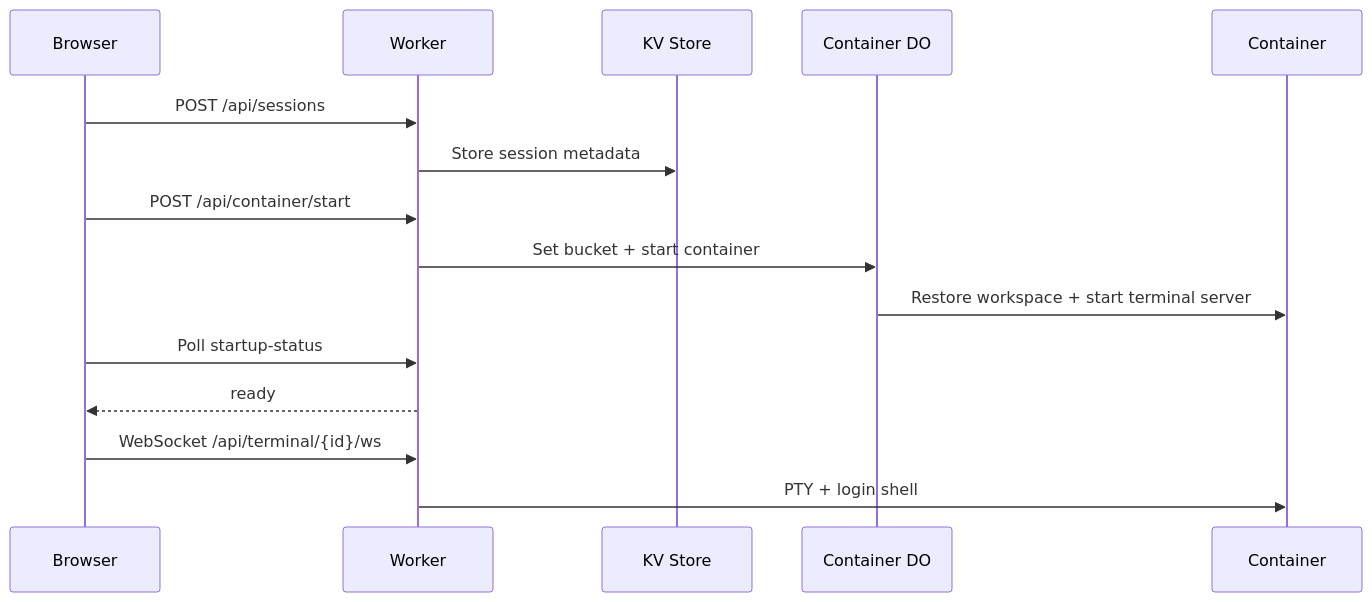
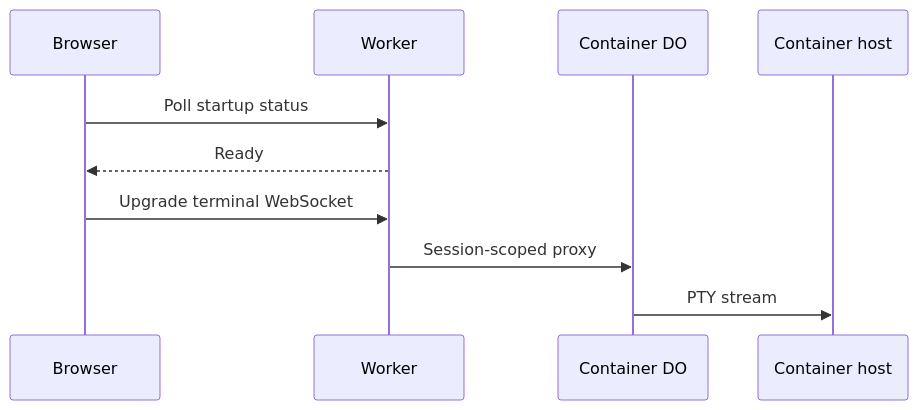
One commit to nikolanovoselec/codeflare changed the third of 10 diagrams in documentation/lanes/architecture.md. Above: the diagram before and after it, drawn with Mermaid. The commit also changed other lines of this file and 360 other files, not shown here.

````diff
--- a/documentation/lanes/architecture.md
+++ b/documentation/lanes/architecture.md
@@ -469,17 +428,12 @@
 ```mermaid
 sequenceDiagram
     participant U as Browser
     participant W as Worker
-    participant KV as KV Store
     participant DO as Container DO
-    participant C as Container
-    U->>W: POST /api/sessions
-    W->>KV: Store session metadata
-    U->>W: POST /api/container/start
-    W->>DO: Set bucket + start container
-    DO->>C: Restore workspace + start terminal server
-    U->>W: Poll startup-status
-    W-->>U: ready
-    U->>W: WebSocket /api/terminal/{id}/ws
-    W->>C: PTY + login shell
+    participant C as Container host
+    U->>W: Poll startup status
+    W-->>U: Ready
+    U->>W: Upgrade terminal WebSocket
+    W->>DO: Session-scoped proxy
+    DO->>C: PTY stream
 ```
````
